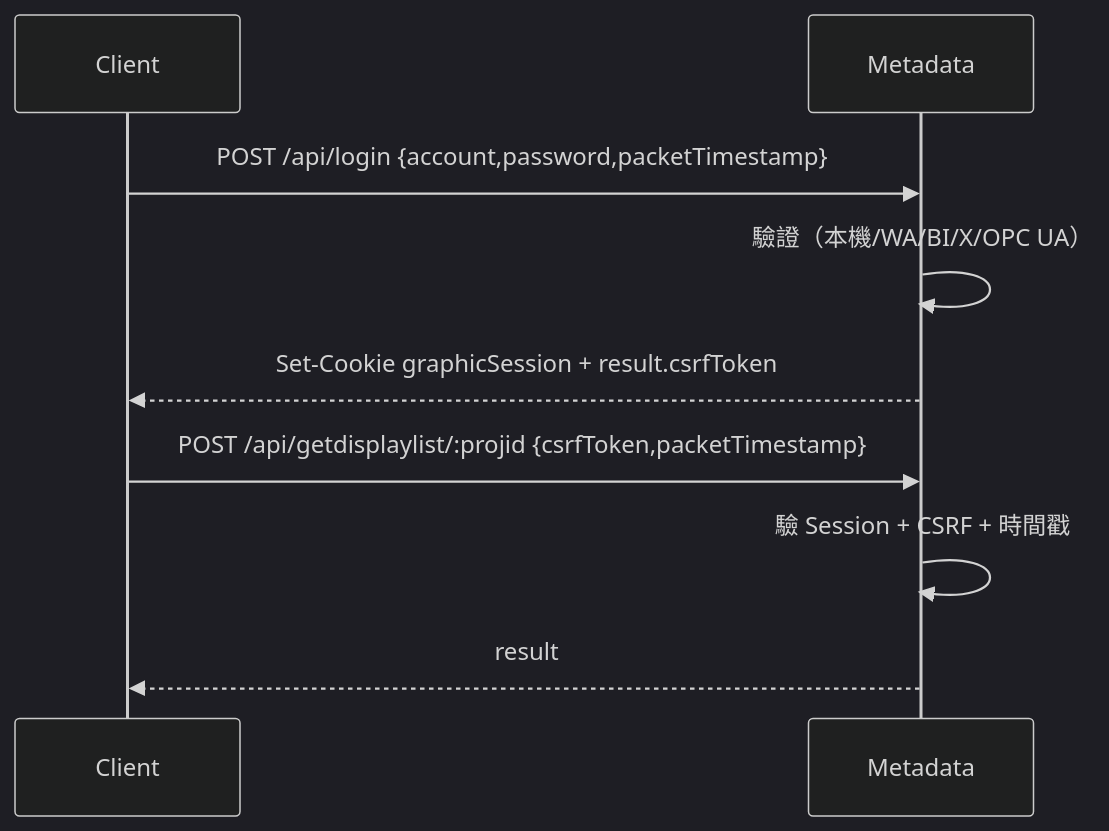
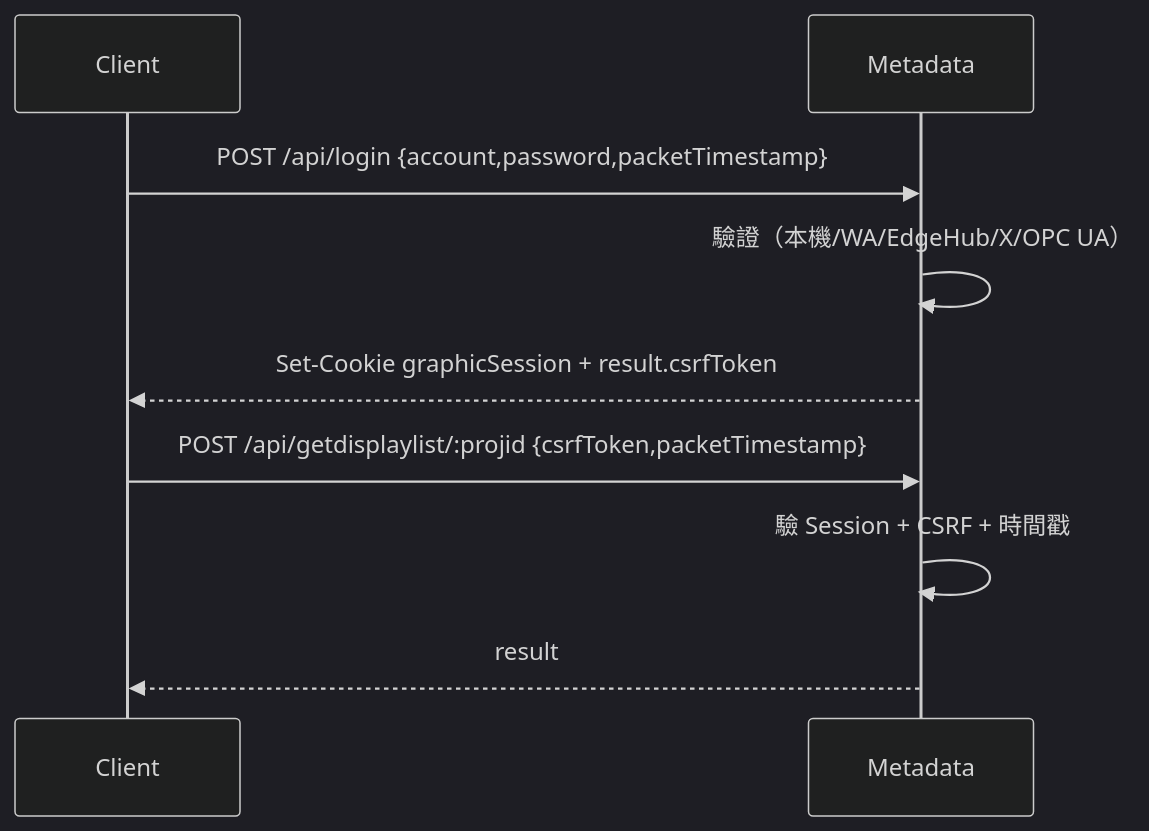
Before and after one commit to PochengChen-del/EdgeViewDoc: the first of 2 diagrams in SDS/07_Interface_Design.md, drawn with Mermaid (dark theme). The commit also changed other lines of this file and 16 other files, not shown here.

Commit message:
文件中 BI 產品名更改為 EdgeHub

````diff
--- a/SDS/07_Interface_Design.md
+++ b/SDS/07_Interface_Design.md
@@ -66,11 +66,11 @@
 ```mermaid
 sequenceDiagram
     participant C as Client
     participant M as Metadata
     C->>M: POST /api/login {account,password,packetTimestamp}
-    M->>M: 驗證（本機/WA/BI/X/OPC UA）
+    M->>M: 驗證（本機/WA/EdgeHub/X/OPC UA）
     M-->>C: Set-Cookie graphicSession + result.csrfToken
     C->>M: POST /api/getdisplaylist/:projid {csrfToken,packetTimestamp}
     M->>M: 驗 Session + CSRF + 時間戳
     M-->>C: result
 ```
````
